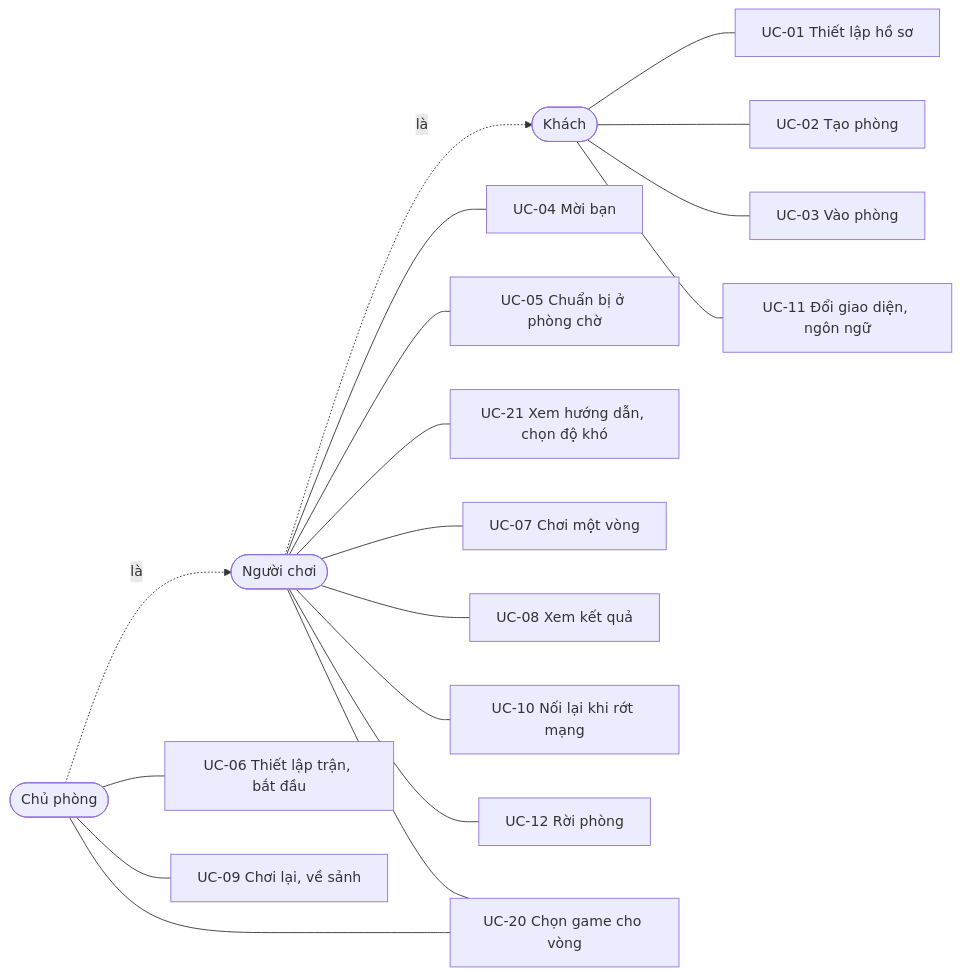
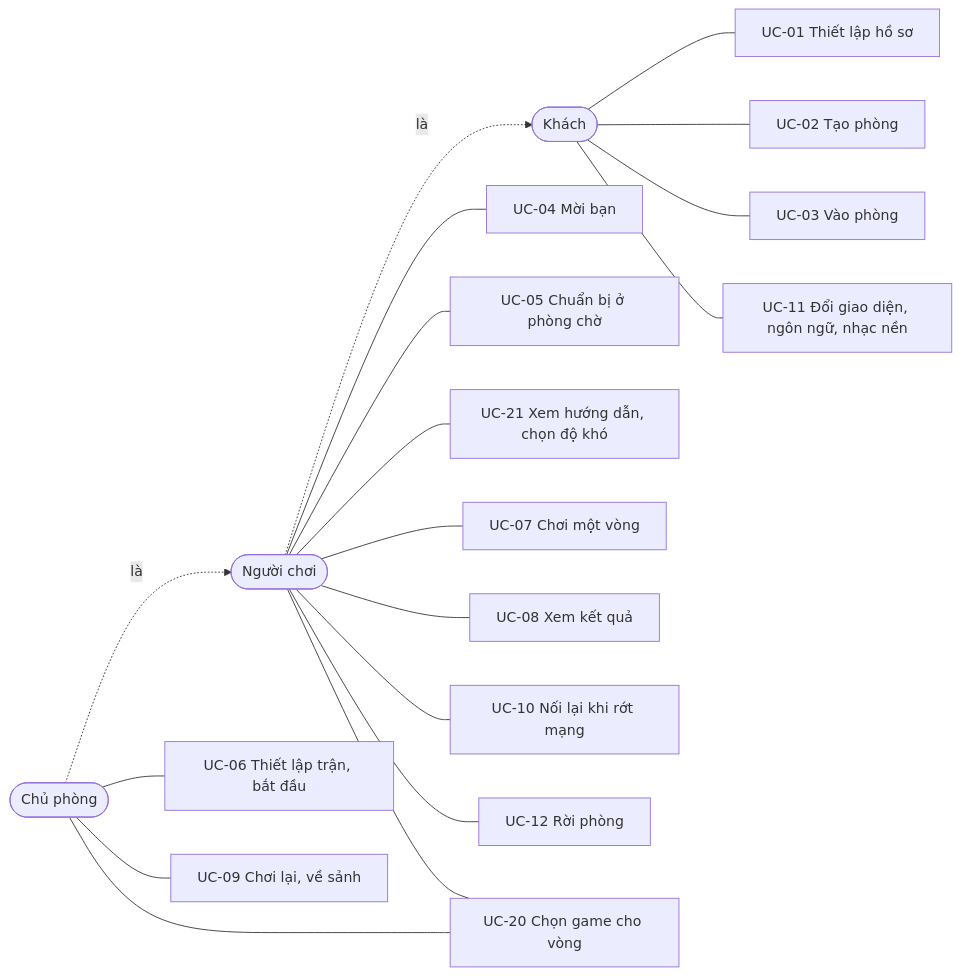
One commit to hungdinh-dev/brain-rizz changed the first of 2 diagrams in docs/01-product/srs.md. Above: the diagram before and after it, drawn with Mermaid. The commit also changed other lines of this file and 6 other files, not shown here.

First line of the commit message:
docs: nhạc nền và âm thanh hiệu ứng làm sớm ở GĐ 1 (CR-007, CR-008)

````diff
--- a/docs/01-product/srs.md
+++ b/docs/01-product/srs.md
@@ -72,20 +72,20 @@
 ```mermaid
 flowchart LR
   K([Khách]) --- UC01[UC-01 Thiết lập hồ sơ]
   K --- UC02[UC-02 Tạo phòng]
   K --- UC03[UC-03 Vào phòng]
-  K --- UC11[UC-11 Đổi giao diện, ngôn ngữ]
+  K --- UC11[UC-11 Đổi giao diện, ngôn ngữ, nhạc nền]
   N([Người chơi]) --- UC04[UC-04 Mời bạn]
   N --- UC05[UC-05 Chuẩn bị ở phòng chờ]
   N --- UC21[UC-21 Xem hướng dẫn, chọn độ khó]
   N --- UC07[UC-07 Chơi một vòng]
   N --- UC08[UC-08 Xem kết quả]
   N --- UC10[UC-10 Nối lại khi rớt mạng]
   N --- UC12[UC-12 Rời phòng]
   C([Chủ phòng]) --- UC06[UC-06 Thiết lập trận, bắt đầu]
   C --- UC20[UC-20 Chọn game cho vòng]
   N --- UC20
   C --- UC09[UC-09 Chơi lại, về sảnh]
   N -.->|là| K
   C -.->|là| N
 ```
````
